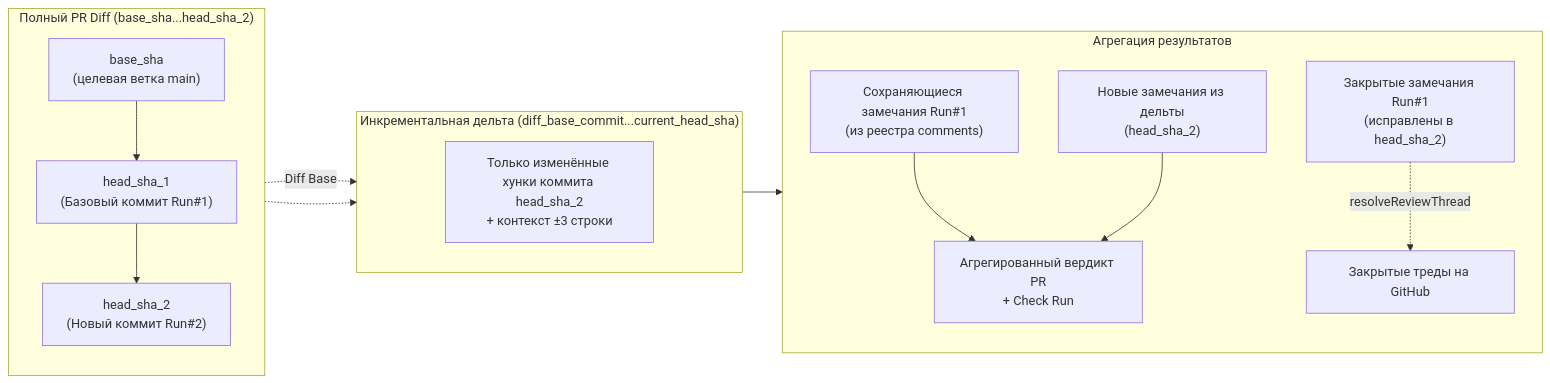
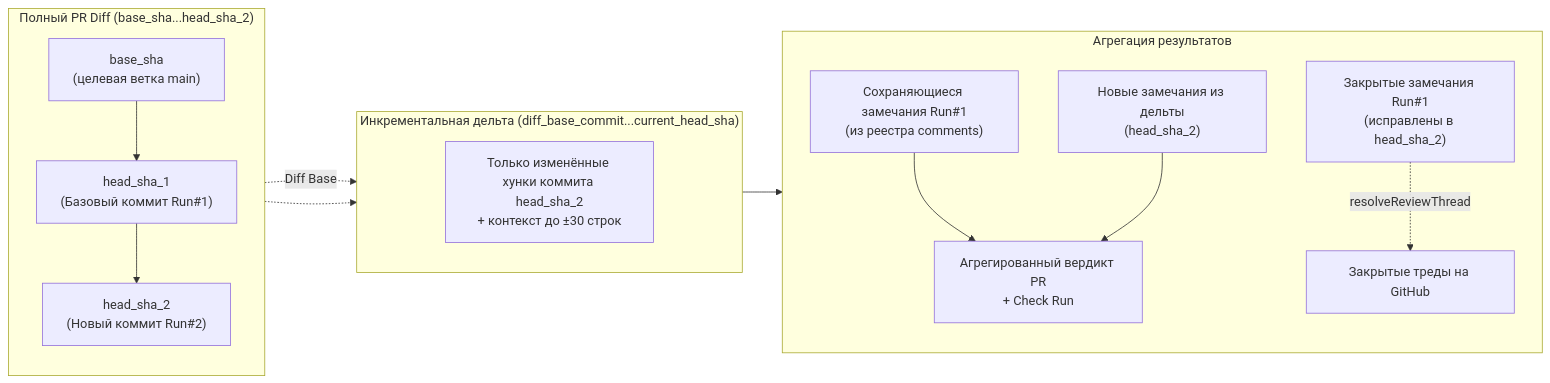
Before and after one commit to larchanka-training/dmc-268-api-t6: the second of 3 diagrams in docs/INCREMENTAL_REVIEW_AND_LIMITS_SPEC.md, drawn with Mermaid. The commit also changed other lines of this file and 3 other files, not shown here.

````diff
--- a/docs/INCREMENTAL_REVIEW_AND_LIMITS_SPEC.md
+++ b/docs/INCREMENTAL_REVIEW_AND_LIMITS_SPEC.md
@@ -678,28 +678,28 @@
 ```mermaid
 flowchart LR
     subgraph FullDiff ["Полный PR Diff (base_sha...head_sha_2)"]
         direction TB
         BaseSHA["base_sha<br/>(целевая ветка main)"] --> Head1["head_sha_1<br/>(Базовый коммит Run#1)"]
         Head1 --> Head2["head_sha_2<br/>(Новый коммит Run#2)"]
     end
 
     subgraph IncrementalDiff ["Инкрементальная дельта (diff_base_commit...current_head_sha)"]
         direction TB
-        DeltaHunks["Только изменённые хунки коммита head_sha_2<br/>+ контекст ±3 строки"]
+        DeltaHunks["Только изменённые хунки коммита head_sha_2<br/>+ контекст до ±30 строк"]
     end
 
     subgraph Aggregation ["Агрегация результатов"]
         direction TB
         Persisting["Сохраняющиеся замечания Run#1<br/>(из реестра comments)"]
         Resolved["Закрытые замечания Run#1<br/>(исправлены в head_sha_2)"]
         NewFindings["Новые замечания из дельты<br/>(head_sha_2)"]
 
         Persisting --> UnifiedVerdict["Агрегированный вердикт PR<br/>+ Check Run"]
         NewFindings --> UnifiedVerdict
         Resolved -.->|resolveReviewThread| ClosedThreads["Закрытые треды на GitHub"]
     end
 
     Head1 -.->|Diff Base| DeltaHunks
     Head2 -.-> DeltaHunks
     DeltaHunks --> NewFindings
 ```
````
